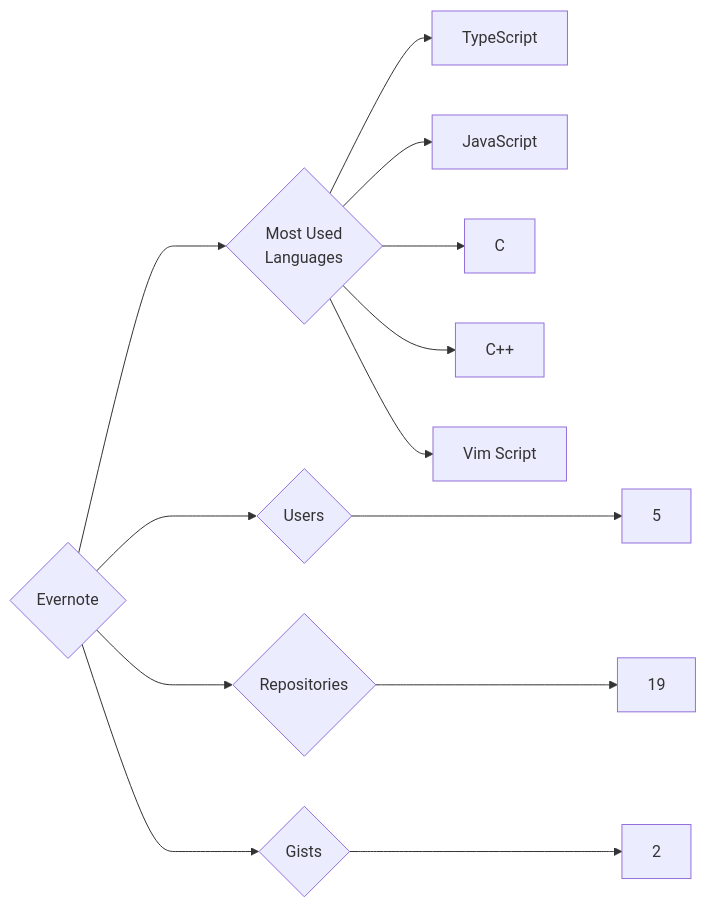
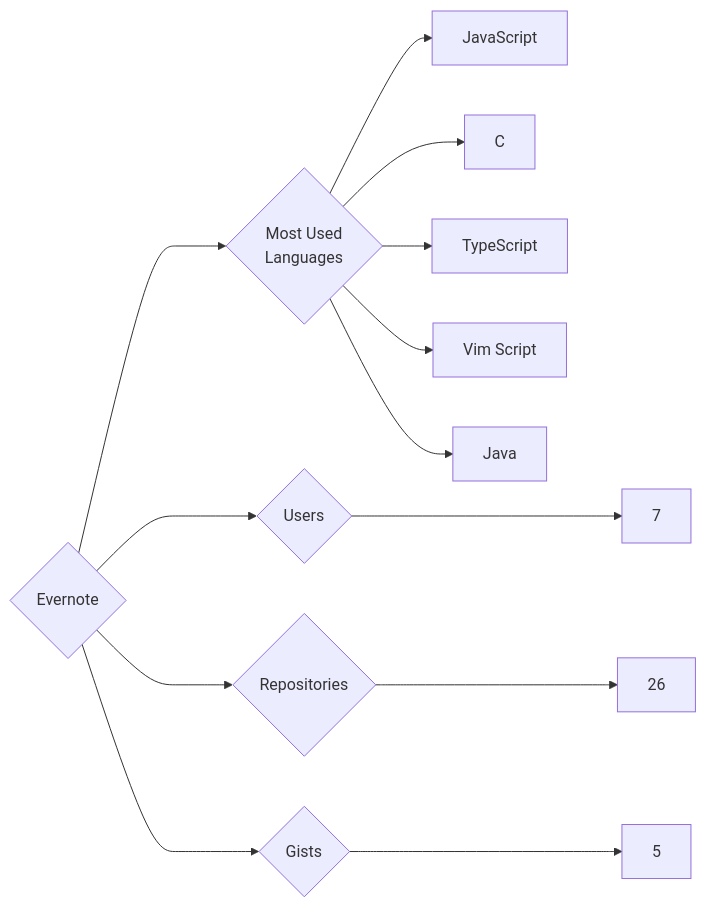
One commit to trickest/insiders changed the diagram in targets/Evernote/README.md. Above: the diagram before and after it, drawn with Mermaid. The commit also changed 997 other files, not shown here.

````diff
--- a/targets/Evernote/README.md
+++ b/targets/Evernote/README.md
@@ -3,13 +3,13 @@
 ```mermaid
 graph LR
 COMPANY_NAME{Evernote}
-COMPANY_NAME ---> U{Users} ---> UN[5]
-COMPANY_NAME ---> R{Repositories} ---> RN[19]
-COMPANY_NAME ---> G{Gists} ---> GN[2]
+COMPANY_NAME ---> U{Users} ---> UN[7]
+COMPANY_NAME ---> R{Repositories} ---> RN[26]
+COMPANY_NAME ---> G{Gists} ---> GN[5]
 COMPANY_NAME ---> ML{Most Used<br>Languages}
-ML --> TypeScript[TypeScript]
 ML --> JavaScript[JavaScript]
 ML --> C[C]
-ML --> C++[C++]
+ML --> TypeScript[TypeScript]
 ML --> Vim_Script[Vim Script]
+ML --> Java[Java]
 ```
````
